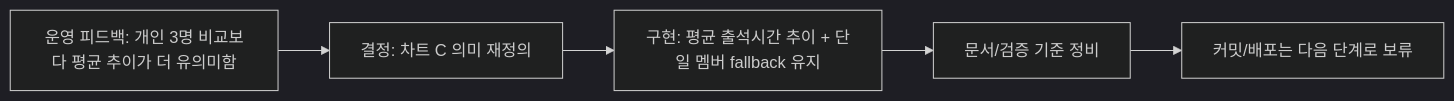
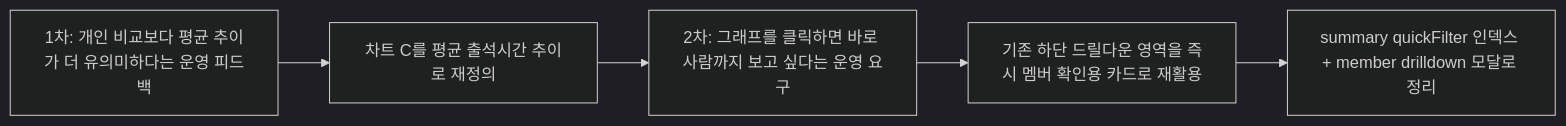
Before and after one commit to cloud-club/CloudClubAttendanceSystem: the diagram in docs/History/025_관리자_출석현황_평균출석시간추이_전환_운영기록_2026-03-10.md, drawn with Mermaid (dark theme). The commit also changed other lines of this file and 11 other files, not shown here.

````diff
--- a/docs/History/025_관리자_출석현황_평균출석시간추이_전환_운영기록_2026-03-10.md
+++ b/docs/History/025_관리자_출석현황_평균출석시간추이_전환_운영기록_2026-03-10.md
@@ -6,7 +6,7 @@
 ```mermaid
 flowchart LR
-  A["운영 피드백: 개인 3명 비교보다 평균 추이가 더 유의미함"] --> B["결정: 차트 C 의미 재정의"]
-  B --> C["구현: 평균 출석시간 추이 + 단일 멤버 fallback 유지"]
-  C --> D["문서/검증 기준 정비"]
-  D --> E["커밋/배포는 다음 단계로 보류"]
+  A["1차: 개인 비교보다 평균 추이가 더 유의미하다는 운영 피드백"] --> B["차트 C를 평균 출석시간 추이로 재정의"]
+  B --> C["2차: 그래프를 클릭하면 바로 사람까지 보고 싶다는 운영 요구"]
+  C --> D["기존 하단 드릴다운 영역을 즉시 멤버 확인용 카드로 재활용"]
+  D --> E["summary quickFilter 인덱스 + member drilldown 모달로 정리"]
 ```
````
